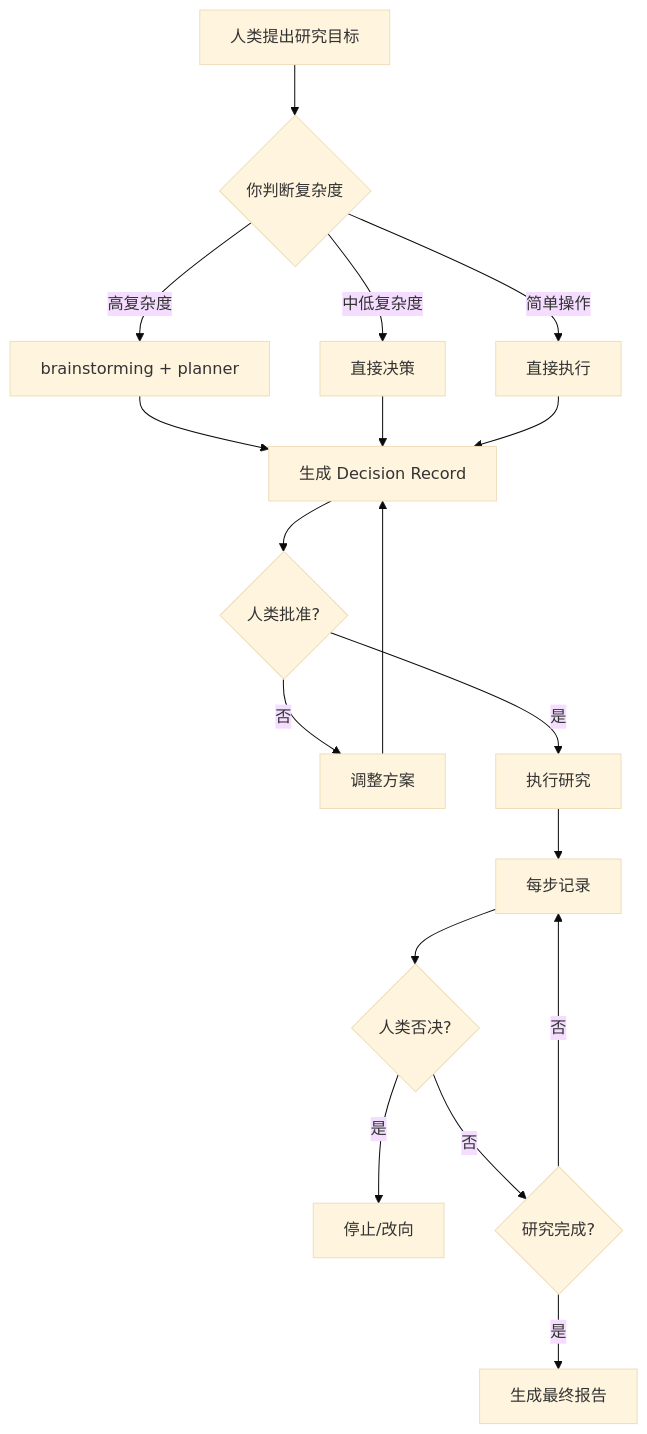
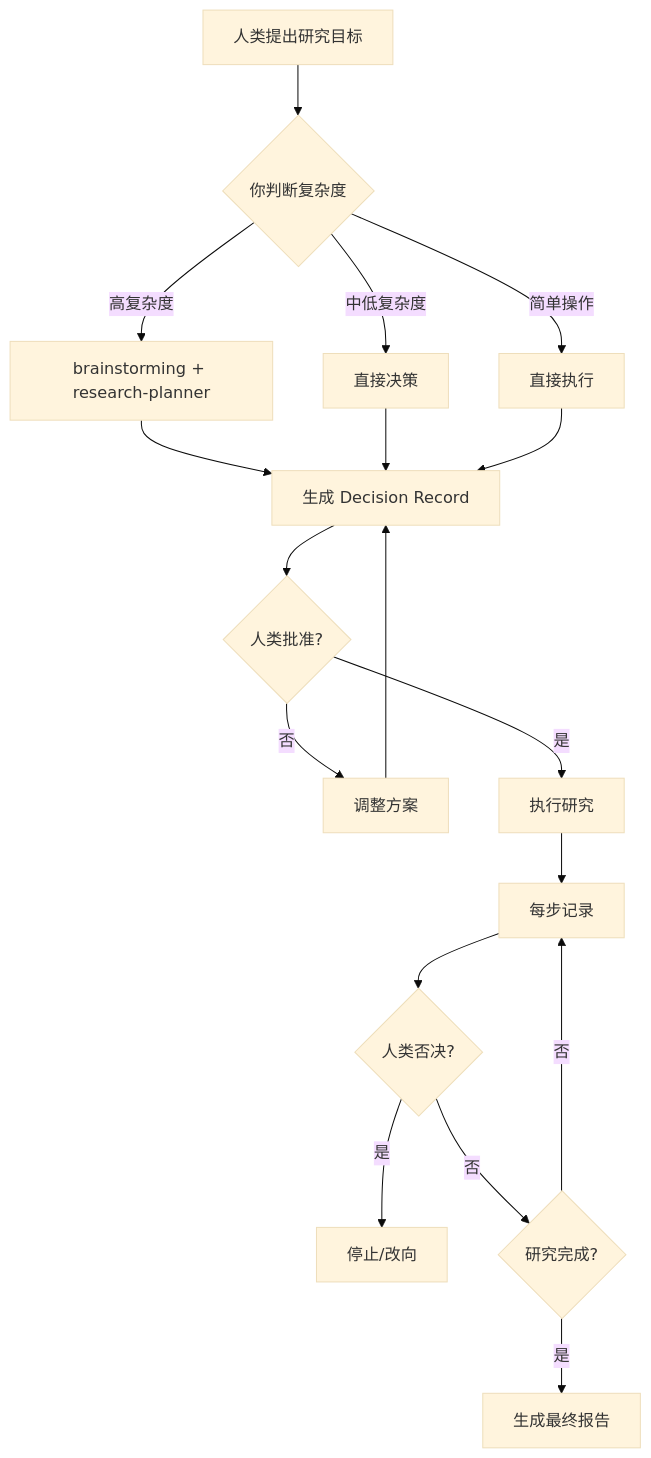
The diagram in claudeCode-lsp/claude_x64/workspace/.claude/rules/research-lead-authority.md (xxipv6/claudeSandBox), drawn with Mermaid (base theme) before and after one commit. The commit also changed 21 other files, not shown here.

First line of the commit message:
fix: 修复所有 planner → research-planner 引用

````diff
--- a/claudeCode-lsp/claude_x64/workspace/.claude/rules/research-lead-authority.md
+++ b/claudeCode-lsp/claude_x64/workspace/.claude/rules/research-lead-authority.md
@@ -61,25 +61,25 @@
 ```mermaid
 graph TD
     A[人类提出研究目标] --> B{你判断复杂度}
-    B -->|高复杂度| C[brainstorming + planner]
+    B -->|高复杂度| C[brainstorming + research-planner]
     B -->|中低复杂度| D[直接决策]
     B -->|简单操作| E[直接执行]
 
     C --> F[生成 Decision Record]
     D --> F
     E --> F
 
     F --> G{人类批准?}
     G -->|否| H[调整方案]
     G -->|是| I[执行研究]
 
     H --> F
     I --> J[每步记录]
 
     J --> K{人类否决?}
     K -->|是| L[停止/改向]
     K -->|否| M{研究完成?}
 
     M -->|否| J
     M -->|是| N[生成最终报告]
 ```
````
